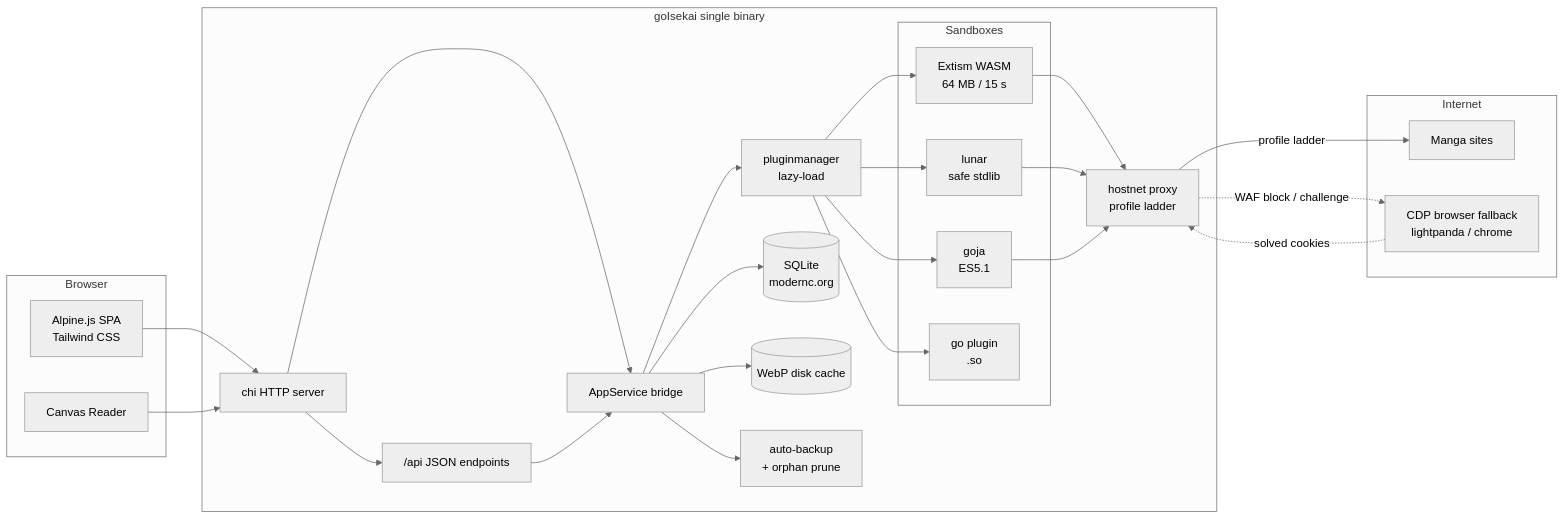
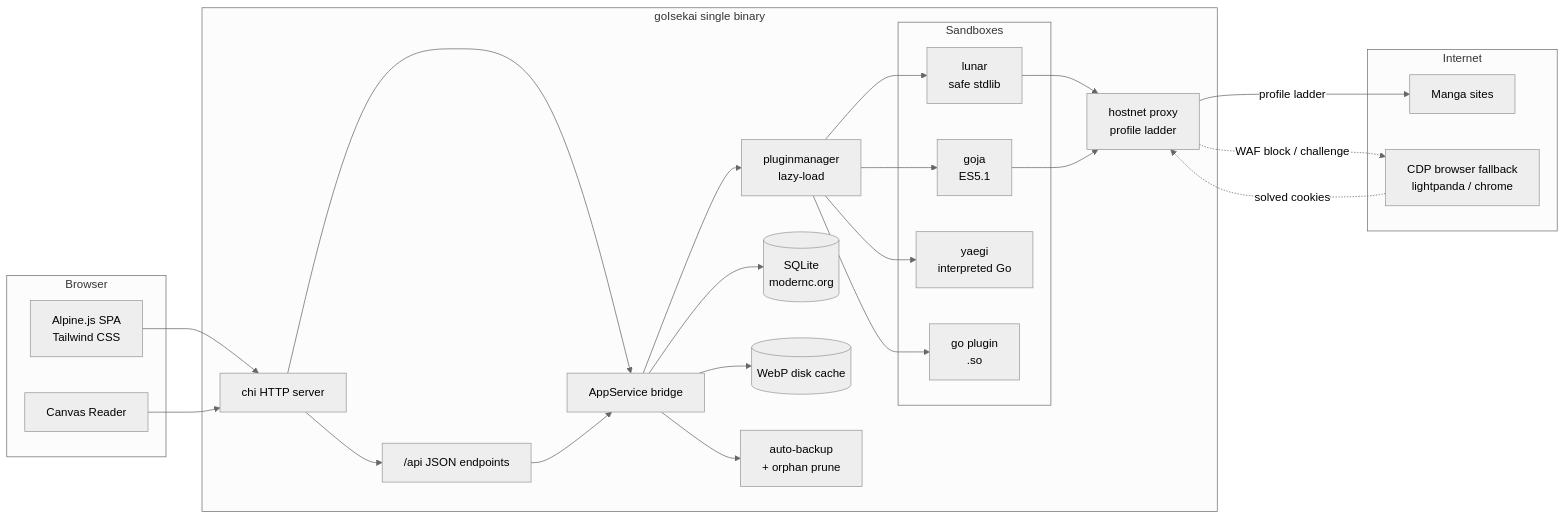
One commit to kenzanin/goIsekai changed the diagram in README.md. Above: the diagram before and after it, drawn with Mermaid (neutral theme). The commit also changed other lines of this file and 61 other files, not shown here.

First line of the commit message:
Replace Scriggo with Yaegi runtime + remove WASM plugin support

````diff
--- a/README.md
+++ b/README.md
@@ -11,49 +11,48 @@
 ```mermaid
 flowchart LR
     subgraph Browser
         UI[Alpine.js SPA<br/>Tailwind CSS]
         Reader[Canvas Reader]
     end
 
     subgraph goIsekai[goIsekai single binary]
         HTTP[chi HTTP server]
         API["/api JSON endpoints"]
         Bridge[AppService bridge]
         PM[pluginmanager<br/>lazy-load]
         subgraph Sandboxes
-            WASM[Extism WASM<br/>64 MB / 15 s]
             Lua[lunar<br/>safe stdlib]
             JS[goja<br/>ES5.1]
+            YG[yaegi<br/>interpreted Go]
             GO[go plugin<br/>.so]
         end
         HostNet["hostnet proxy<br/>profile ladder"]
         DB[(SQLite<br/>modernc.org)]
         Cache[(WebP disk cache)]
         Backup["auto-backup<br/>+ orphan prune"]
     end
 
     subgraph Internet
         Sites[Manga sites]
         CDP[CDP browser fallback<br/>lightpanda / chrome]
     end
 
     UI --> HTTP
     Reader --> HTTP
     HTTP --> Bridge
     HTTP --> API
     API --> Bridge
     Bridge --> PM
-    PM --> WASM
     PM --> Lua
     PM --> JS
+    PM --> YG
     PM --> GO
-    WASM --> HostNet
     Lua --> HostNet
     JS --> HostNet
     HostNet -->|profile ladder| Sites
     HostNet -.->|WAF block / challenge| CDP
     CDP -.->|solved cookies| HostNet
     Bridge --> DB
     Bridge --> Cache
     Bridge --> Backup
 ```
````
